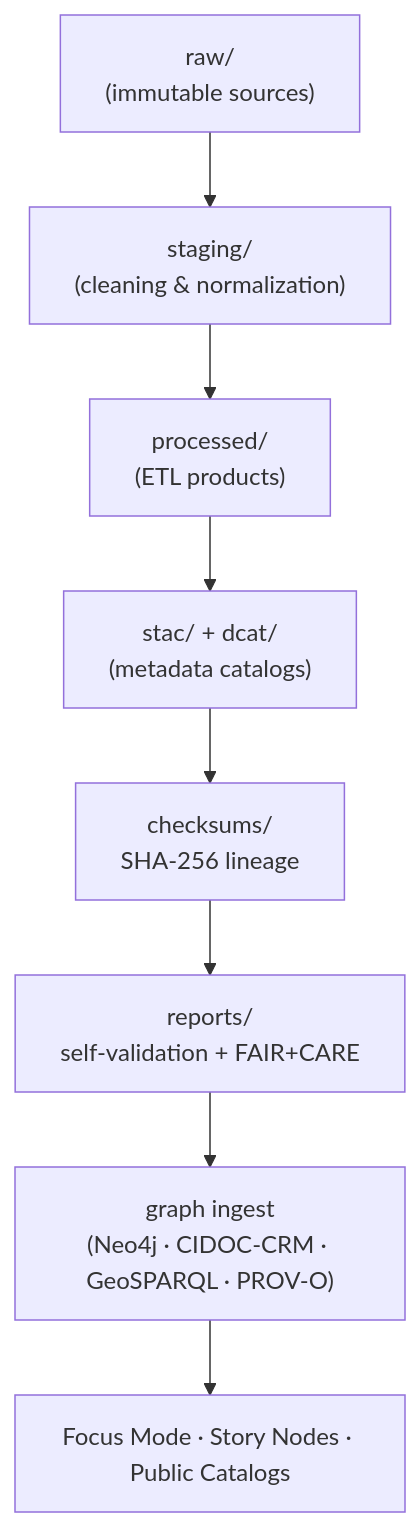
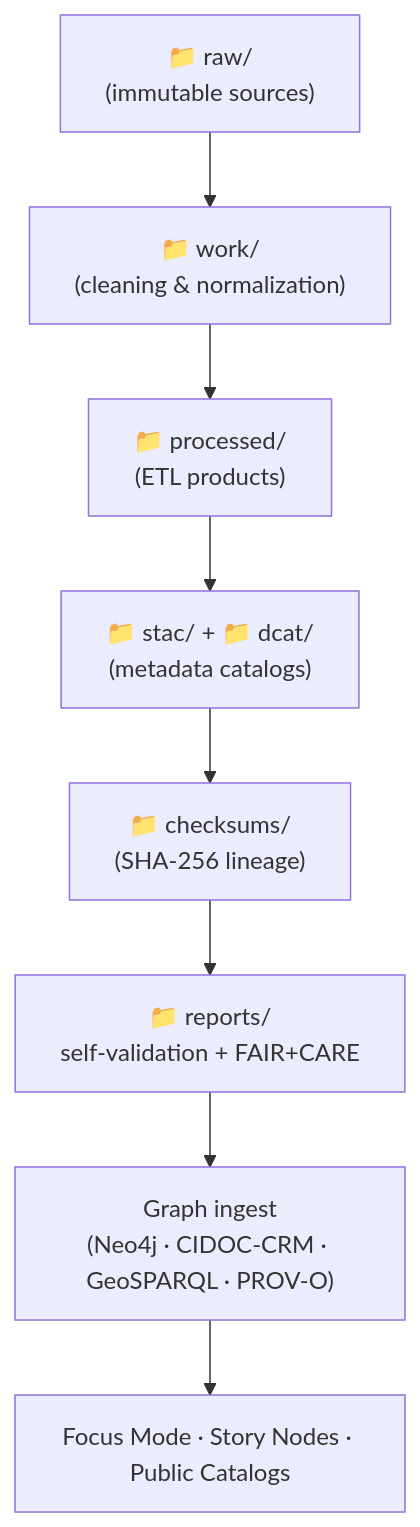
Before and after one commit to bartytime4life/Kansas-Frontier-Matrix: the diagram in data/ARCHITECTURE.md, drawn with Mermaid. The commit also changed other lines of this file, not shown here.

````diff
--- a/data/ARCHITECTURE.md
+++ b/data/ARCHITECTURE.md
@@ -193,11 +215,11 @@
-~~~~mermaid
+```mermaid
 flowchart TD
-  A["raw/\n(immutable sources)"]
-    --> B["staging/\n(cleaning & normalization)"]
-  B --> C["processed/\n(ETL products)"]
-  C --> D["stac/ + dcat/\n(metadata catalogs)"]
-  D --> E["checksums/\nSHA-256 lineage"]
-  E --> F["reports/\nself-validation + FAIR+CARE"]
-  F --> G["graph ingest\n(Neo4j · CIDOC-CRM · GeoSPARQL · PROV-O)"]
+  A["📁 raw/\n(immutable sources)"]
+    --> B["📁 work/\n(cleaning & normalization)"]
+  B --> C["📁 processed/\n(ETL products)"]
+  C --> D["📁 stac/ + 📁 dcat/\n(metadata catalogs)"]
+  D --> E["📁 checksums/\n(SHA-256 lineage)"]
+  E --> F["📁 reports/\nself-validation + FAIR+CARE"]
+  F --> G["Graph ingest\n(Neo4j · CIDOC-CRM · GeoSPARQL · PROV-O)"]
   G --> H["Focus Mode · Story Nodes · Public Catalogs"]
-~~~~
+```
````
